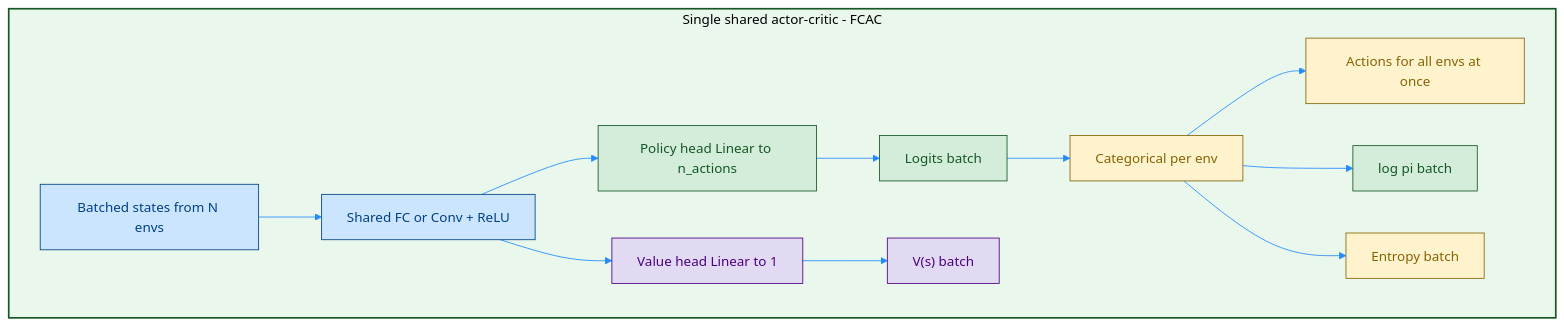
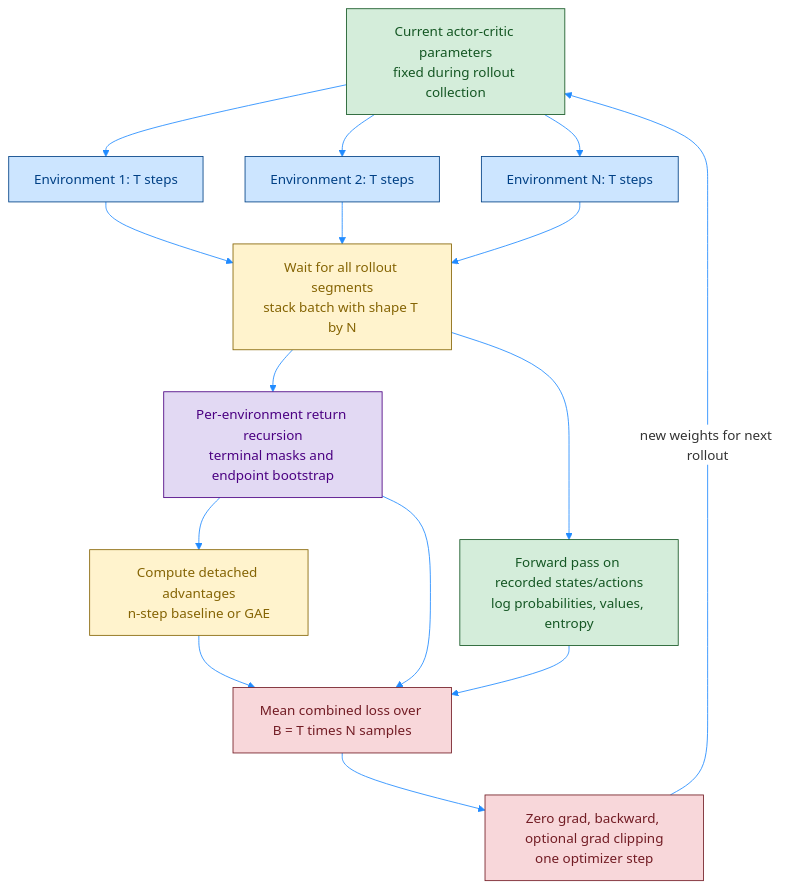
One commit to Open-Source-Robotics-For-Myanmar/rl changed the second of 3 diagrams in Day81 RL python/02_Miguel Morales - Grokking Deep Reinforcement Learning/02_rl_with_dl/rom_photos/10_1_PB_actor-critic_A2C.md. Above: the diagram before and after it, drawn with Mermaid. The commit also changed other lines of this file and 5 other files, not shown here.

Commit message:
docs: organize paper and architecture notes in README

````diff
--- a/Day81 RL python/02_Miguel Morales - Grokking Deep Reinforcement Learning/02_rl_with_dl/rom_photos/10_1_PB_actor-critic_A2C.md
+++ b/Day81 RL python/02_Miguel Morales - Grokking Deep Reinforcement Learning/02_rl_with_dl/rom_photos/10_1_PB_actor-critic_A2C.md
@@ -86,27 +65,30 @@
 ```mermaid
 %%{init: {'theme': 'base', 'themeVariables': { 'primaryColor': '#ffffff', 'lineColor': '#218bff'}}}%%
-graph TD
-    subgraph Phase1 [Single shared actor-critic - FCAC]
-        Batch[Batched states from N envs] --> Hidden[Shared FC or Conv + ReLU]
-        Hidden --> PHead[Policy head Linear to n_actions]
-        Hidden --> VHead[Value head Linear to 1]
-        PHead --> Logits[Logits batch]
-        Logits --> Dist[Categorical per env]
-        Dist --> Act[Actions for all envs at once]
-        Dist --> LP[log pi batch]
-        Dist --> Ent[Entropy batch]
-        VHead --> Vs["V(s) batch"]
-    end
+flowchart TD
+    P["Current actor-critic parameters<br/>fixed during rollout collection"]
+    P --> E1["Environment 1: T steps"]
+    P --> E2["Environment 2: T steps"]
+    P --> EN["Environment N: T steps"]
+    E1 --> B["Wait for all rollout segments<br/>stack batch with shape T by N"]
+    E2 --> B
+    EN --> B
+    B --> R["Per-environment return recursion<br/>terminal masks and endpoint bootstrap"]
+    R --> A["Compute detached advantages<br/>n-step baseline or GAE"]
+    B --> F["Forward pass on recorded states/actions<br/>log probabilities, values, entropy"]
+    A --> L["Mean combined loss over B = T times N samples"]
+    R --> L
+    F --> L
+    L --> O["Zero grad, backward, optional grad clipping<br/>one optimizer step"]
+    O -->|"new weights for next rollout"| P
 
-    classDef shared fill:#cce5ff,stroke:#004085,stroke-width:1px,color:#004085;
-    classDef policy fill:#d4edda,stroke:#155724,stroke-width:1px,color:#155724;
-    classDef sample fill:#fff3cd,stroke:#856404,stroke-width:1px,color:#856404;
-    classDef value fill:#e2d9f3,stroke:#4b0082,stroke-width:1px,color:#4b0082;
-
-    class Batch,Hidden shared;
-    class PHead,Logits,LP policy;
-    class Dist,Act,Ent sample;
-    class VHead,Vs value;
-
-    style Phase1 fill:#eaf7ec,stroke:#155724,stroke-width:2px;
+    classDef data fill:#cce5ff,stroke:#004085,stroke-width:1px,color:#004085;
+    classDef network fill:#d4edda,stroke:#155724,stroke-width:1px,color:#155724;
+    classDef batch fill:#fff3cd,stroke:#856404,stroke-width:1px,color:#856404;
+    classDef target fill:#e2d9f3,stroke:#4b0082,stroke-width:1px,color:#4b0082;
+    classDef train fill:#f8d7da,stroke:#721c24,stroke-width:1px,color:#721c24;
+    class E1,E2,EN data;
+    class P,F network;
+    class B,A batch;
+    class R target;
+    class L,O train;
 ```
````
